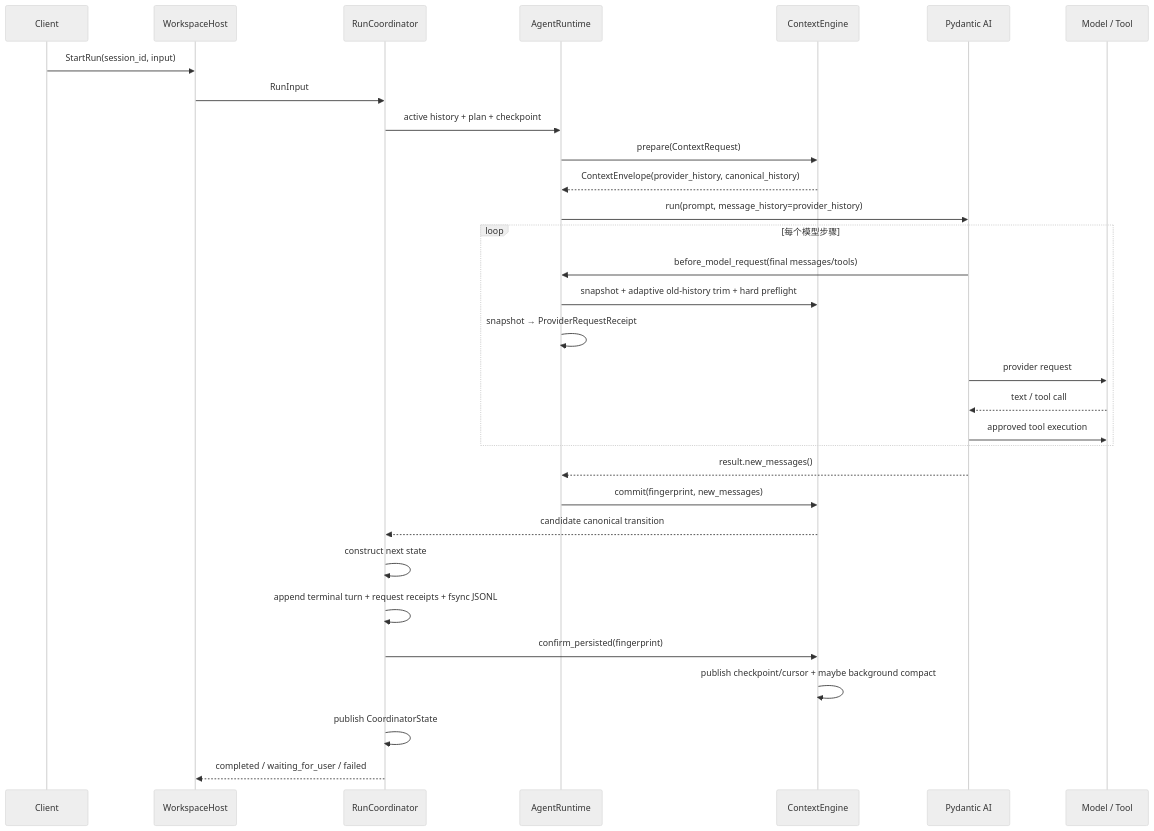
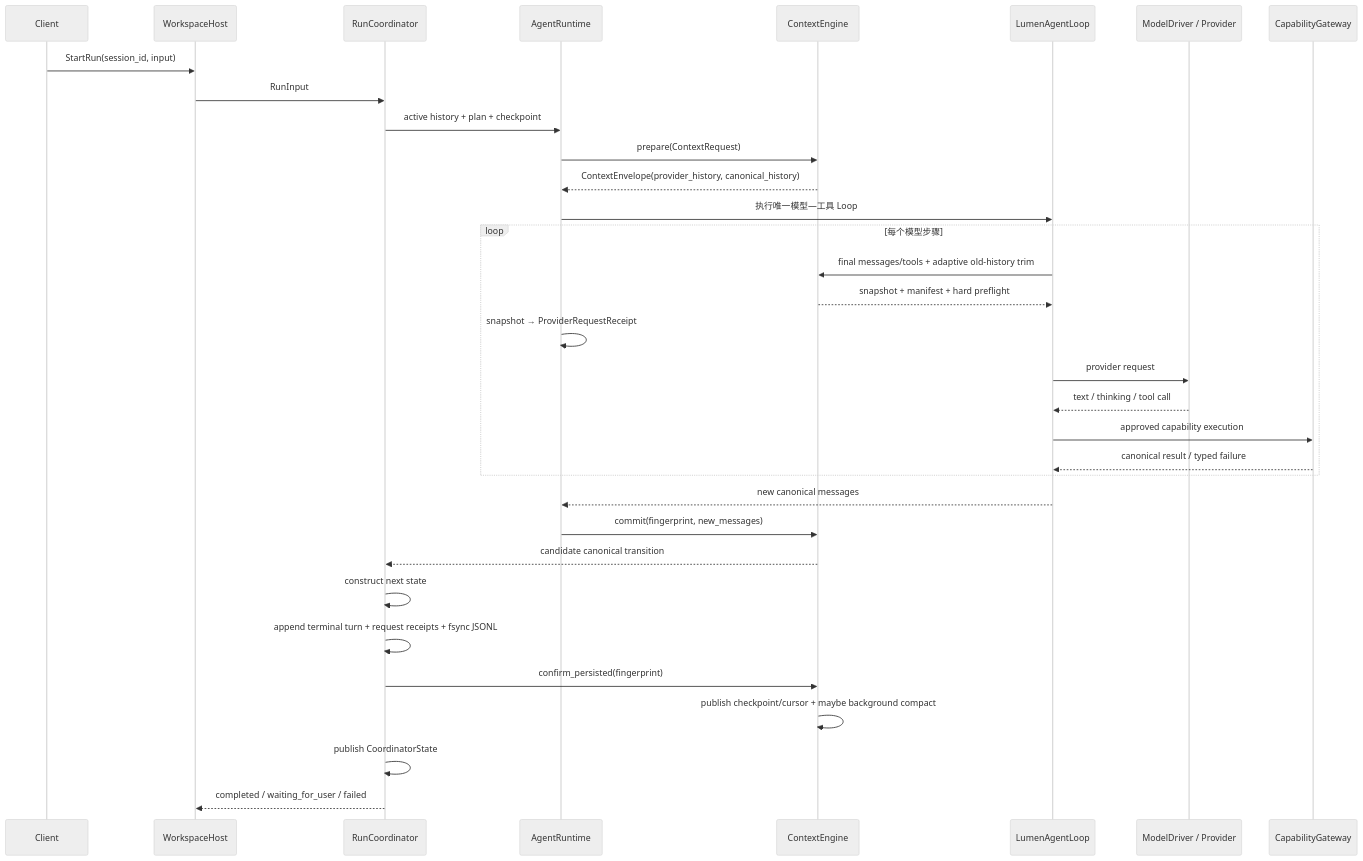
The second of 2 diagrams in docs/architecture-guide/03-context-and-memory.md (JasonYZzz/lumen), drawn with Mermaid (neutral theme) before and after one commit. The commit also changed other lines of this file and 279 other files, not shown here.

````diff
--- a/docs/architecture-guide/03-context-and-memory.md
+++ b/docs/architecture-guide/03-context-and-memory.md
@@ -157,34 +189,36 @@
 ```mermaid
 sequenceDiagram
   participant C as Client
   participant H as WorkspaceHost
   participant R as RunCoordinator
   participant A as AgentRuntime
   participant E as ContextEngine
-  participant P as Pydantic AI
-  participant M as Model / Tool
+  participant L as LumenAgentLoop
+  participant P as ModelDriver / Provider
+  participant M as CapabilityGateway
 
   C->>H: StartRun(session_id, input)
   H->>R: RunInput
   R->>A: active history + plan + checkpoint
   A->>E: prepare(ContextRequest)
   E-->>A: ContextEnvelope(provider_history, canonical_history)
-  A->>P: run(prompt, message_history=provider_history)
+  A->>L: 执行唯一模型—工具 Loop
   loop 每个模型步骤
-    P->>A: before_model_request(final messages/tools)
-    A->>E: snapshot + adaptive old-history trim + hard preflight
+    L->>E: final messages/tools + adaptive old-history trim
+    E-->>L: snapshot + manifest + hard preflight
     A->>A: snapshot → ProviderRequestReceipt
-    P->>M: provider request
-    M-->>P: text / tool call
-    P->>M: approved tool execution
+    L->>P: provider request
+    P-->>L: text / thinking / tool call
+    L->>M: approved capability execution
+    M-->>L: canonical result / typed failure
   end
-  P-->>A: result.new_messages()
+  L-->>A: new canonical messages
   A->>E: commit(fingerprint, new_messages)
   E-->>R: candidate canonical transition
   R->>R: construct next state
   R->>R: append terminal turn + request receipts + fsync JSONL
   R->>E: confirm_persisted(fingerprint)
   E->>E: publish checkpoint/cursor + maybe background compact
   R->>R: publish CoordinatorState
   R-->>H: completed / waiting_for_user / failed
 ```
````
